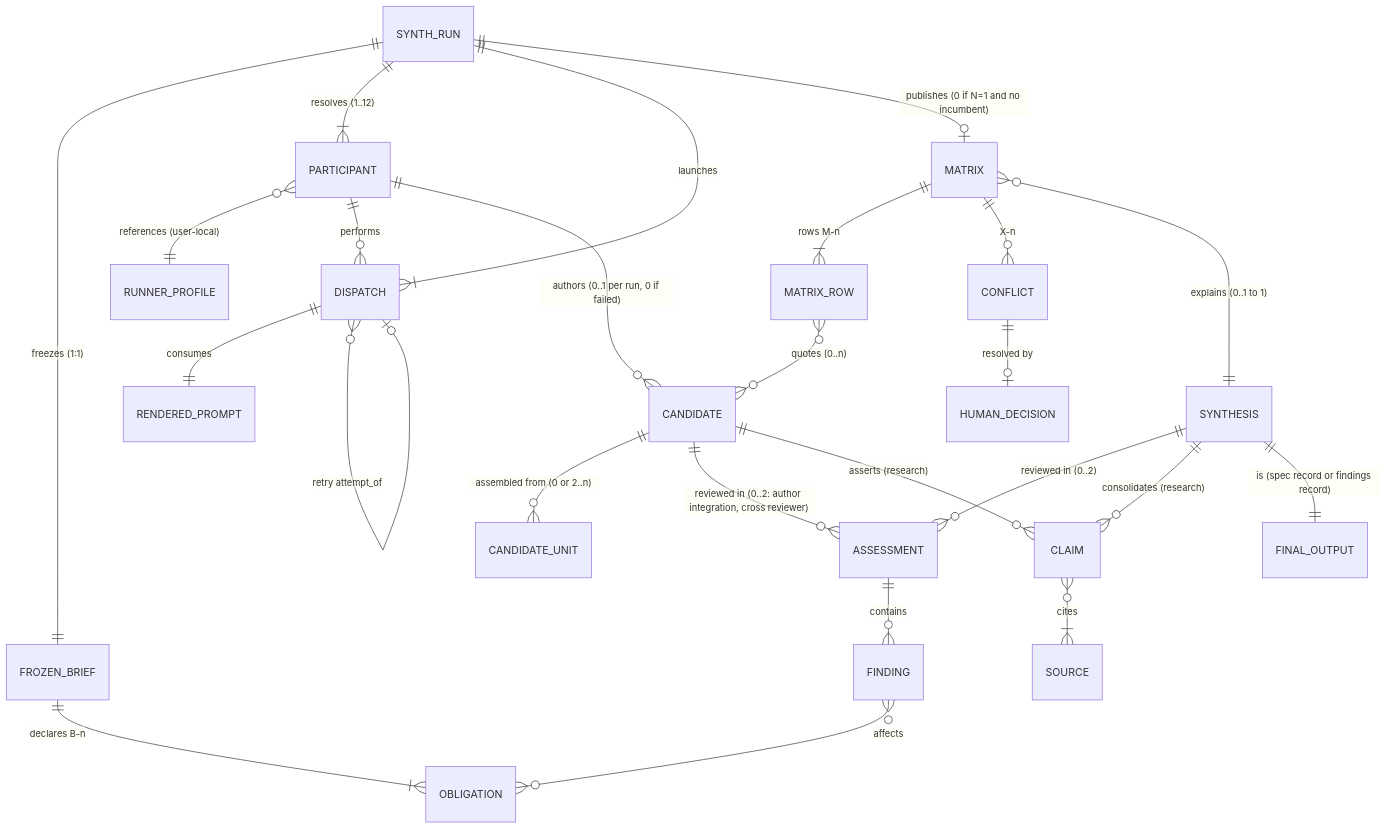
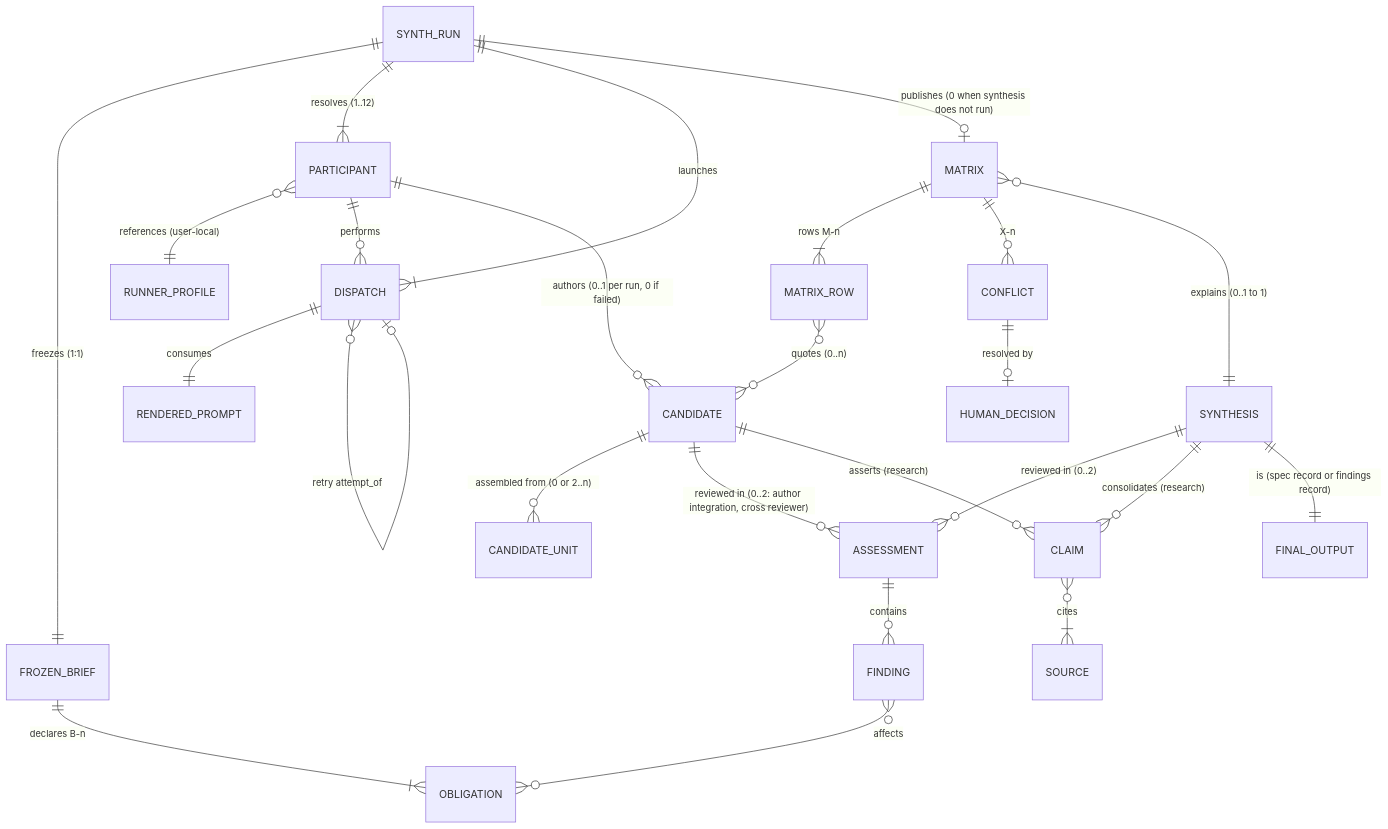
Before and after one commit to fariello/agent-workflows: the first of 4 diagrams in .aw/records/specs/draft/20261024-specflow-03-yfz5u9-spec-research-synthesis.spec.md, drawn with Mermaid. The commit also changed other lines of this file, not shown here.

````diff
--- a/.aw/records/specs/draft/20261024-specflow-03-yfz5u9-spec-research-synthesis.spec.md
+++ b/.aw/records/specs/draft/20261024-specflow-03-yfz5u9-spec-research-synthesis.spec.md
@@ -1004,27 +1006,27 @@
 ```mermaid
 erDiagram
     SYNTH_RUN ||--|| FROZEN_BRIEF : "freezes (1:1)"
     SYNTH_RUN ||--|{ PARTICIPANT : "resolves (1..12)"
     PARTICIPANT }o--|| RUNNER_PROFILE : "references (user-local)"
     FROZEN_BRIEF ||--|{ OBLIGATION : "declares B-n"
     SYNTH_RUN ||--|{ DISPATCH : "launches"
     DISPATCH ||--|| RENDERED_PROMPT : "consumes"
     DISPATCH }o--o| DISPATCH : "retry attempt_of"
     PARTICIPANT ||--o{ DISPATCH : "performs"
     PARTICIPANT ||--o{ CANDIDATE : "authors (0..1 per run, 0 if failed)"
     CANDIDATE ||--o{ CANDIDATE_UNIT : "assembled from (0 or 2..n)"
     CANDIDATE ||--o{ ASSESSMENT : "reviewed in (0..2: author integration, cross reviewer)"
     SYNTHESIS ||--o{ ASSESSMENT : "reviewed in (0..2)"
     ASSESSMENT ||--o{ FINDING : "contains"
     FINDING }o--o{ OBLIGATION : "affects"
-    SYNTH_RUN ||--o| MATRIX : "publishes (0 if N=1 and no incumbent)"
+    SYNTH_RUN ||--o| MATRIX : "publishes (0 when synthesis does not run)"
     MATRIX ||--|{ MATRIX_ROW : "rows M-n"
     MATRIX_ROW }o--o{ CANDIDATE : "quotes (0..n)"
     MATRIX ||--o{ CONFLICT : "X-n"
     CONFLICT ||--o| HUMAN_DECISION : "resolved by"
     MATRIX }o--|| SYNTHESIS : "explains (0..1 to 1)"
     CANDIDATE ||--o{ CLAIM : "asserts (research)"
     CLAIM }o--|{ SOURCE : "cites"
     SYNTHESIS ||--o{ CLAIM : "consolidates (research)"
     SYNTHESIS ||--|| FINAL_OUTPUT : "is (spec record or findings record)"
 ```
````
